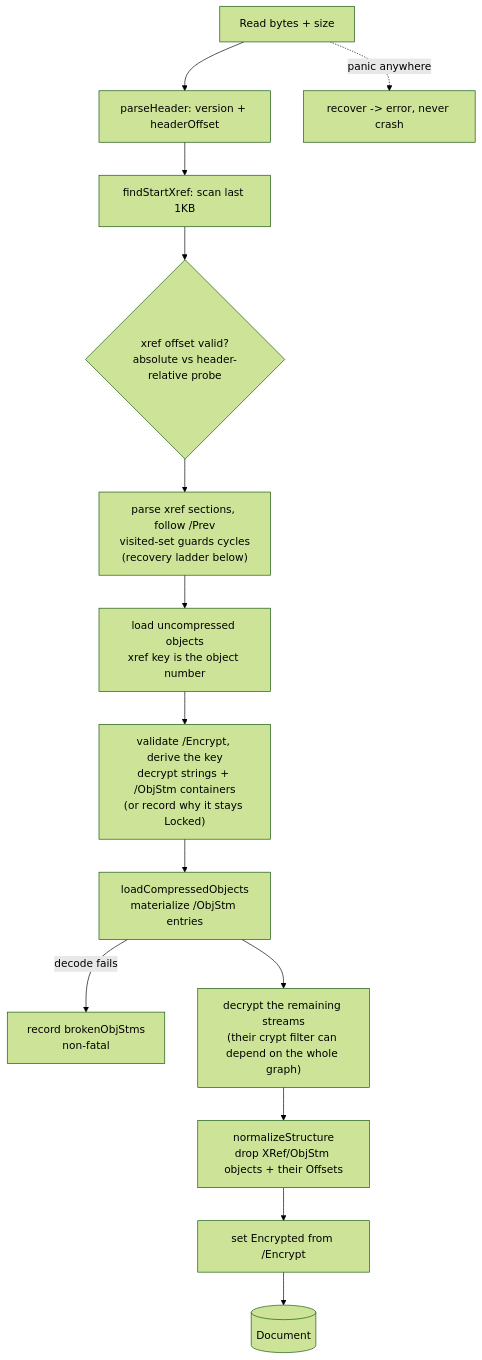
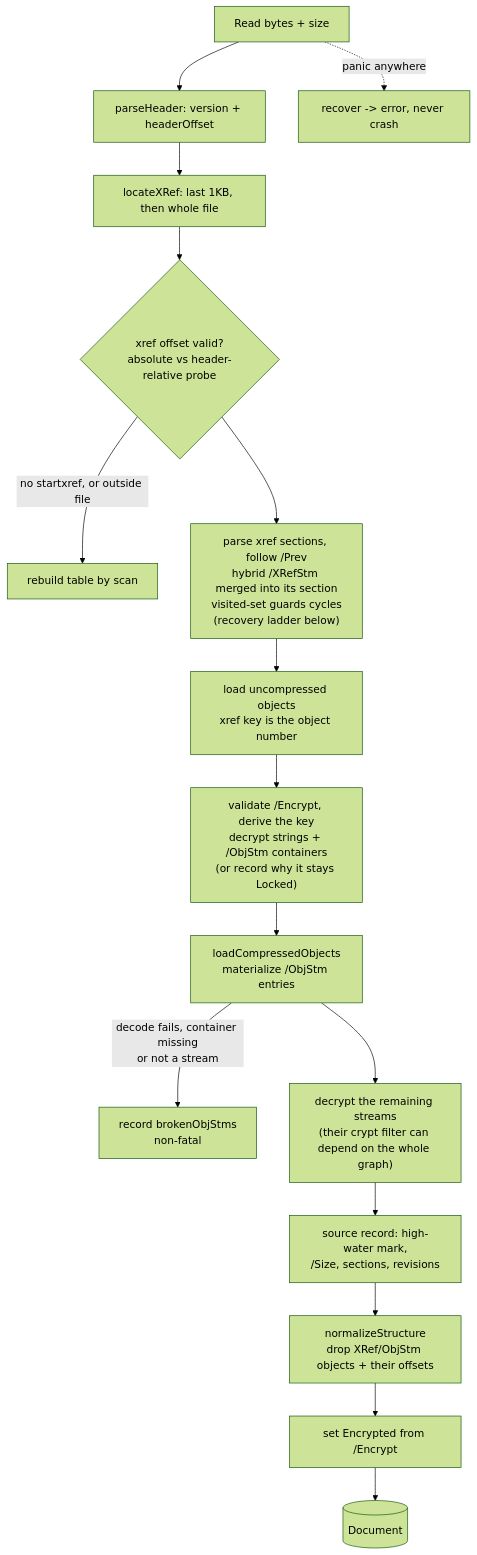
The first of 3 diagrams in docs/architecture.md (mgilbir/pdf0), drawn with Mermaid (forest theme) before and after one commit. The commit also changed other lines of this file and 5 other files, not shown here.

First line of the commit message:
Document the source record and the incremental writers' new shape

````diff
--- a/docs/architecture.md
+++ b/docs/architecture.md
@@ -111,16 +115,18 @@
 ```mermaid
 flowchart TD
     A[Read bytes + size] --> B[parseHeader: version + headerOffset]
-    B --> C[findStartXref: scan last 1KB]
+    B --> C[locateXRef: last 1KB, then whole file]
     C --> D{xref offset valid?<br/>absolute vs header-relative probe}
-    D --> E["parse xref sections, follow /Prev<br/>visited-set guards cycles<br/>(recovery ladder below)"]
+    D -->|no startxref, or outside file| E2[rebuild table by scan]
+    D --> E["parse xref sections, follow /Prev<br/>hybrid /XRefStm merged into its section<br/>visited-set guards cycles<br/>(recovery ladder below)"]
     E --> F[load uncompressed objects<br/>xref key is the object number]
     F --> G["validate /Encrypt, derive the key<br/>decrypt strings + /ObjStm containers<br/>(or record why it stays Locked)"]
     G --> H[loadCompressedObjects<br/>materialize /ObjStm entries]
-    H -->|decode fails| H2[record brokenObjStms<br/>non-fatal]
+    H -->|decode fails, container missing<br/>or not a stream| H2[record brokenObjStms<br/>non-fatal]
     H --> G2["decrypt the remaining streams<br/>(their crypt filter can depend on the whole graph)"]
-    G2 --> I[normalizeStructure<br/>drop XRef/ObjStm objects + their Offsets]
+    G2 --> S[source record: high-water mark,<br/>/Size, sections, revisions]
+    S --> I[normalizeStructure<br/>drop XRef/ObjStm objects + their offsets]
     I --> J[set Encrypted from /Encrypt]
     J --> K[(Document)]
     A -.panic anywhere.-> R[recover -> error, never crash]
 ```
````
